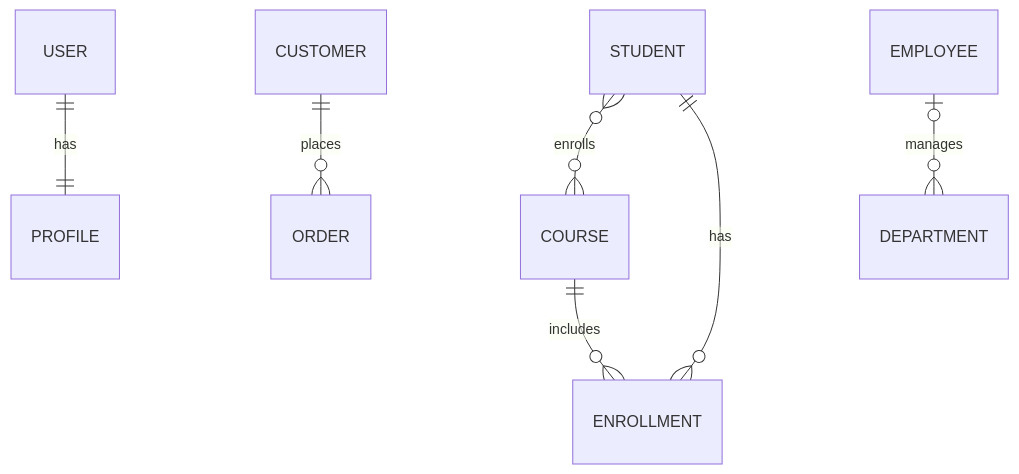
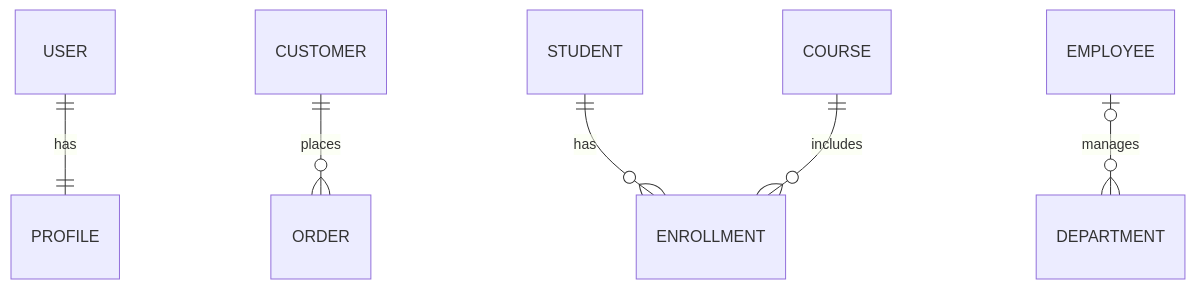
The second of 5 diagrams in plugins/general/skills/mermaid-diagrams/references/erd-diagrams.md (el-feo/ai-context), drawn with Mermaid before and after one commit. The commit also changed other lines of this file and 8 other files, not shown here.

First line of the commit message:
refactor(general): reduce mermaid-diagrams SKILL.md and trim oversized references (#207)

````diff
--- a/plugins/general/skills/mermaid-diagrams/references/erd-diagrams.md
+++ b/plugins/general/skills/mermaid-diagrams/references/erd-diagrams.md
@@ -60,16 +36,15 @@
 ```mermaid
 erDiagram
     %% One-to-One
     USER ||--|| PROFILE : has
-    
+
     %% One-to-Many
     CUSTOMER ||--o{ ORDER : places
-    
+
     %% Many-to-Many (with junction table)
-    STUDENT }o--o{ COURSE : enrolls
     STUDENT ||--o{ ENROLLMENT : has
     COURSE ||--o{ ENROLLMENT : includes
-    
-    %% Optional Relationships
+
+    %% Optional
     EMPLOYEE |o--o{ DEPARTMENT : manages
 ```
````
